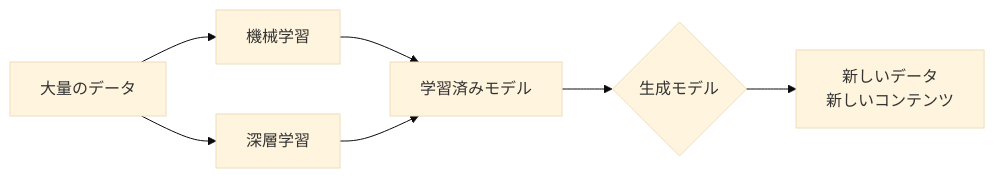
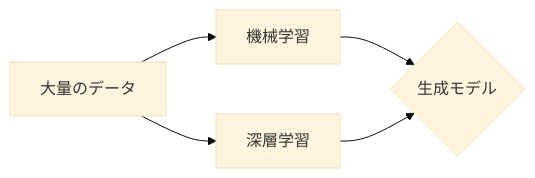
The fifth of 11 diagrams in README.md (SparklingDetergent/doc_genai_About_the_origins_and_types_of_generative_AI), drawn with Mermaid (base theme) before and after one commit. The commit also changed other lines of this file, not shown here.

````diff
--- a/README.md
+++ b/README.md
@@ -76,6 +91,5 @@
 ```mermaid
 graph LR
-    A[大量のデータ] --> B[機械学習] --> C[学習済みモデル];
+    A[大量のデータ] --> B[機械学習] --> C{生成モデル};
     A --> D[深層学習] --> C;
-    C --> E{生成モデル} --> F[新しいデータ\n新しいコンテンツ];
 ```
````
